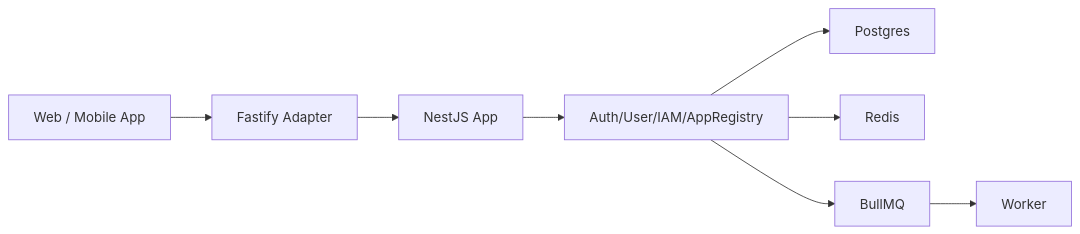
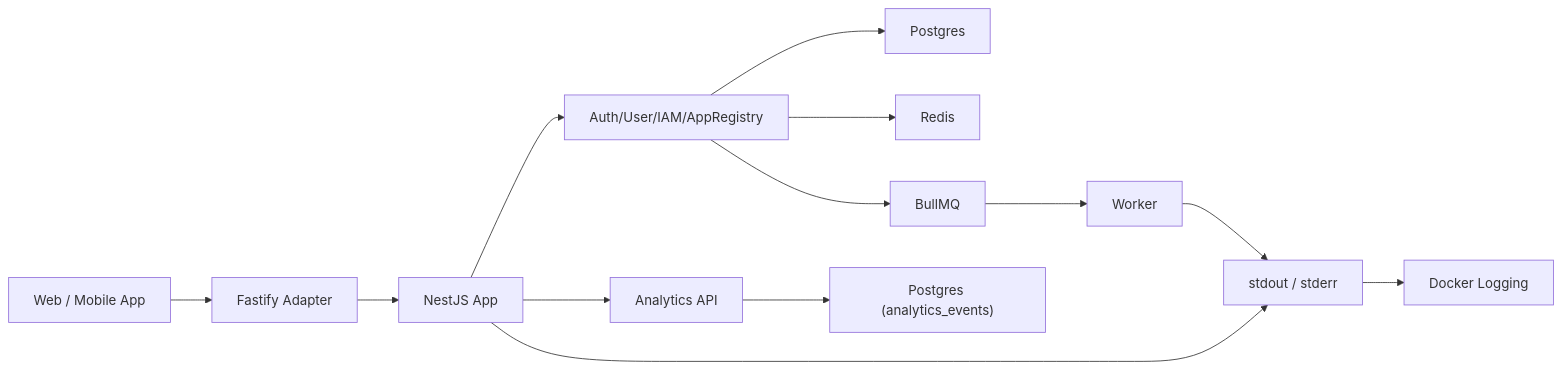
The diagram in docs/small-medium-app-backend-design-discussion.md (evangerlions/Zook), drawn with Mermaid before and after one commit. The commit also changed other lines of this file, not shown here.

````diff
--- a/docs/small-medium-app-backend-design-discussion.md
+++ b/docs/small-medium-app-backend-design-discussion.md
@@ -41,10 +52,15 @@
 ```mermaid
 flowchart LR
   A["Web / Mobile App"] --> B["Fastify Adapter"]
   B --> C["NestJS App"]
   C --> D["Auth/User/IAM/AppRegistry"]
+  C --> I["Analytics API"]
   D --> E["Postgres"]
   D --> F["Redis"]
   D --> G["BullMQ"]
   G --> H["Worker"]
+  I --> J["Postgres (analytics_events)"]
+  C --> K["stdout / stderr"]
+  H --> K
+  K --> L["Docker Logging"]
 ```
````
